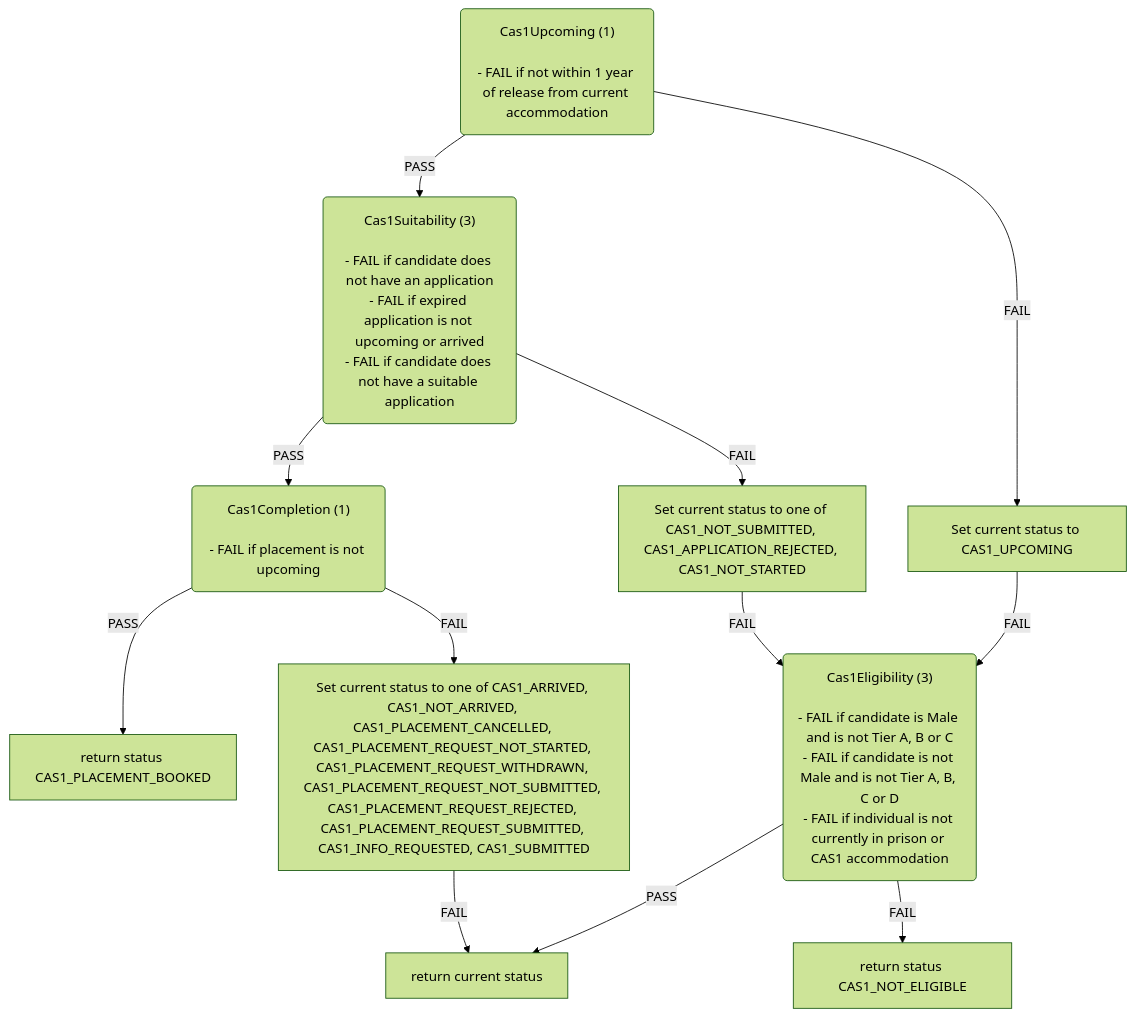
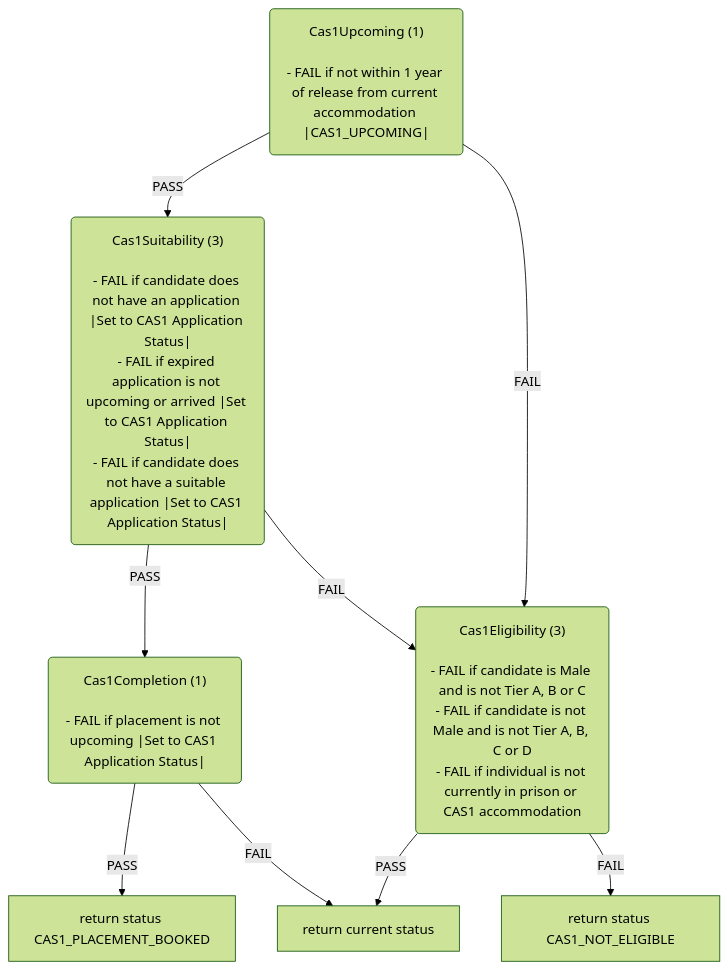
The first of 6 diagrams in docs/eligibility-rules-graph.md (ministryofjustice/hmpps-single-accommodation-service-api), drawn with Mermaid (forest theme) before and after one commit. The commit also changed other lines of this file and 12 other files, not shown here.

Commit message:
1. Remove ContextUpdater node 2. Add status to the Ruleset Node |status| 3. If status is sourced form the upstream app "Set to CAS2 Application Status"

````diff
--- a/docs/eligibility-rules-graph.md
+++ b/docs/eligibility-rules-graph.md
@@ -9,36 +9,30 @@
 ```mermaid
 flowchart TD
   Cas1Upcoming("Cas1Upcoming (1)
 
-- FAIL if not within 1 year of release from current accommodation")
+- FAIL if not within 1 year of release from current accommodation |CAS1_UPCOMING|")
   Cas1Suitability("Cas1Suitability (3)
 
-- FAIL if candidate does not have an application
-- FAIL if expired application is not upcoming or arrived
-- FAIL if candidate does not have a suitable application")
+- FAIL if candidate does not have an application |Set to CAS1 Application Status|
+- FAIL if expired application is not upcoming or arrived |Set to CAS1 Application Status|
+- FAIL if candidate does not have a suitable application |Set to CAS1 Application Status|")
   Cas1Completion("Cas1Completion (1)
 
-- FAIL if placement is not upcoming")
+- FAIL if placement is not upcoming |Set to CAS1 Application Status|")
   return_status_CAS1_PLACEMENT_BOOKED["return status CAS1_PLACEMENT_BOOKED"]
-  Set_current_status_to_one_of_CAS1_ARRIVED__CAS1_NOT_ARRIVED__CAS1_PLACEMENT_CANCELLED__CAS1_PLACEMENT_REQUEST_NOT_STARTED__CAS1_PLACEMENT_REQUEST_WITHDRAWN__CAS1_PLACEMENT_REQUEST_NOT_SUBMITTED__CAS1_PLACEMENT_REQUEST_REJECTED__CAS1_PLACEMENT_REQUEST_SUBMITTED__CAS1_INFO_REQUESTED__CAS1_SUBMITTED["Set current status to one of CAS1_ARRIVED, CAS1_NOT_ARRIVED, CAS1_PLACEMENT_CANCELLED, CAS1_PLACEMENT_REQUEST_NOT_STARTED, CAS1_PLACEMENT_REQUEST_WITHDRAWN, CAS1_PLACEMENT_REQUEST_NOT_SUBMITTED, CAS1_PLACEMENT_REQUEST_REJECTED, CAS1_PLACEMENT_REQUEST_SUBMITTED, CAS1_INFO_REQUESTED, CAS1_SUBMITTED"]
   return_current_status["return current status"]
-  Set_current_status_to_one_of_CAS1_NOT_SUBMITTED__CAS1_APPLICATION_REJECTED__CAS1_NOT_STARTED["Set current status to one of CAS1_NOT_SUBMITTED, CAS1_APPLICATION_REJECTED, CAS1_NOT_STARTED"]
   Cas1Eligibility("Cas1Eligibility (3)
 
 - FAIL if candidate is Male and is not Tier A, B or C
 - FAIL if candidate is not Male and is not Tier A, B, C or D
 - FAIL if individual is not currently in prison or CAS1 accommodation")
   return_status_CAS1_NOT_ELIGIBLE["return status CAS1_NOT_ELIGIBLE"]
-  Set_current_status_to_CAS1_UPCOMING["Set current status to CAS1_UPCOMING"]
   Cas1Completion -->|PASS| return_status_CAS1_PLACEMENT_BOOKED
-  Cas1Completion -->|FAIL| Set_current_status_to_one_of_CAS1_ARRIVED__CAS1_NOT_ARRIVED__CAS1_PLACEMENT_CANCELLED__CAS1_PLACEMENT_REQUEST_NOT_STARTED__CAS1_PLACEMENT_REQUEST_WITHDRAWN__CAS1_PLACEMENT_REQUEST_NOT_SUBMITTED__CAS1_PLACEMENT_REQUEST_REJECTED__CAS1_PLACEMENT_REQUEST_SUBMITTED__CAS1_INFO_REQUESTED__CAS1_SUBMITTED
-  Set_current_status_to_one_of_CAS1_ARRIVED__CAS1_NOT_ARRIVED__CAS1_PLACEMENT_CANCELLED__CAS1_PLACEMENT_REQUEST_NOT_STARTED__CAS1_PLACEMENT_REQUEST_WITHDRAWN__CAS1_PLACEMENT_REQUEST_NOT_SUBMITTED__CAS1_PLACEMENT_REQUEST_REJECTED__CAS1_PLACEMENT_REQUEST_SUBMITTED__CAS1_INFO_REQUESTED__CAS1_SUBMITTED -->|FAIL| return_current_status
+  Cas1Completion -->|FAIL| return_current_status
   Cas1Suitability -->|PASS| Cas1Completion
-  Cas1Suitability -->|FAIL| Set_current_status_to_one_of_CAS1_NOT_SUBMITTED__CAS1_APPLICATION_REJECTED__CAS1_NOT_STARTED
   Cas1Eligibility -->|PASS| return_current_status
   Cas1Eligibility -->|FAIL| return_status_CAS1_NOT_ELIGIBLE
-  Set_current_status_to_one_of_CAS1_NOT_SUBMITTED__CAS1_APPLICATION_REJECTED__CAS1_NOT_STARTED -->|FAIL| Cas1Eligibility
+  Cas1Suitability -->|FAIL| Cas1Eligibility
   Cas1Upcoming -->|PASS| Cas1Suitability
-  Cas1Upcoming -->|FAIL| Set_current_status_to_CAS1_UPCOMING
-  Set_current_status_to_CAS1_UPCOMING -->|FAIL| Cas1Eligibility
+  Cas1Upcoming -->|FAIL| Cas1Eligibility
 ```
````
